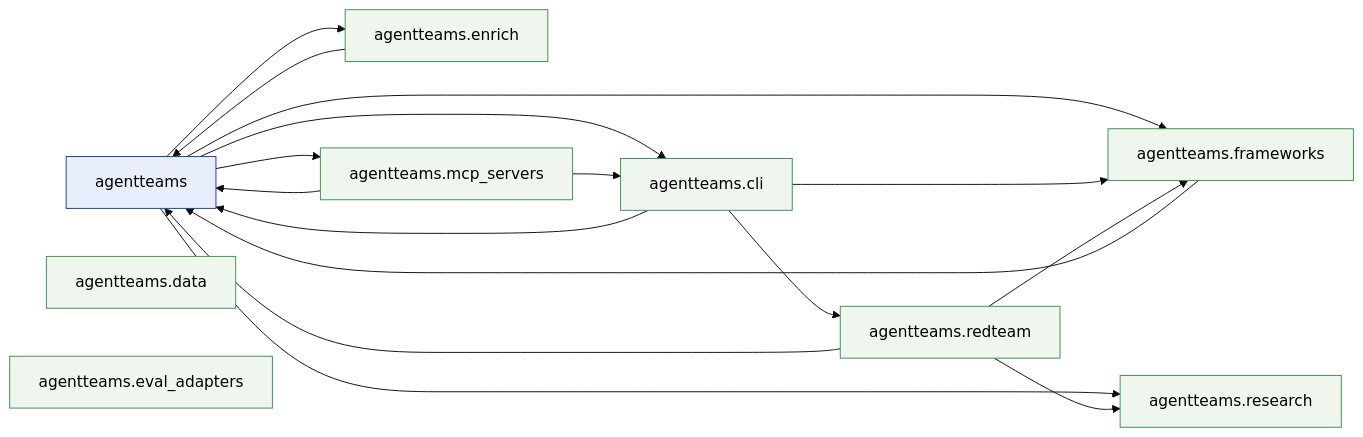
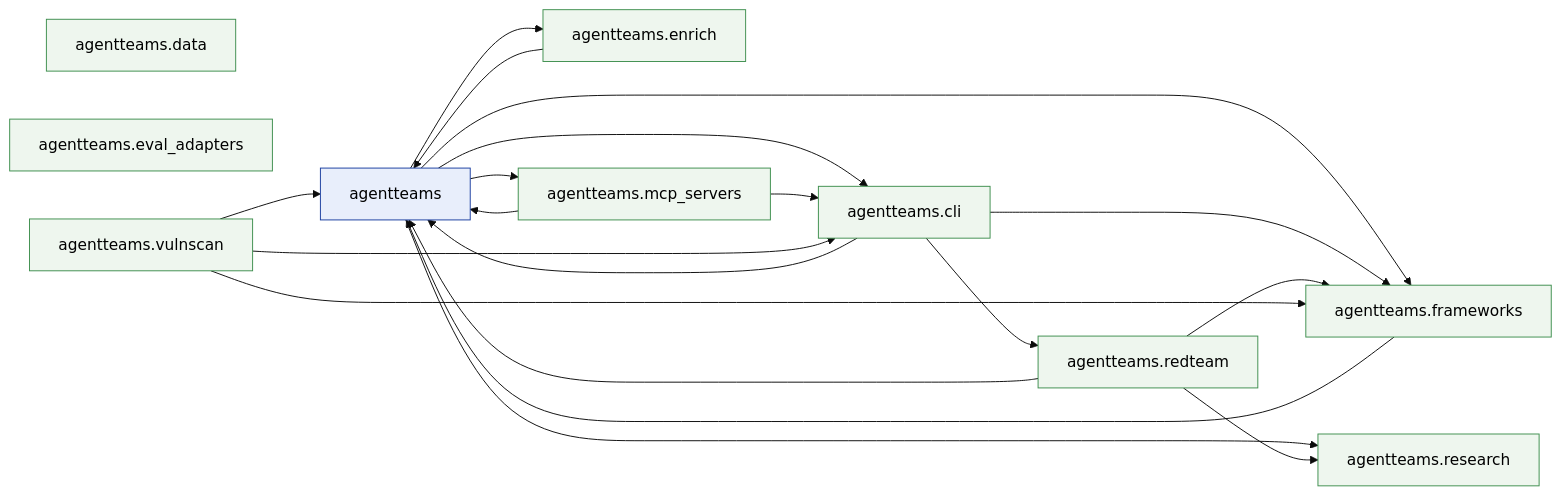
Before and after one commit to jlcatonjr/agentteams: the first of 2 diagrams in references/architecture-graph.md, drawn with Mermaid (base theme). The commit also changed other lines of this file and 100 other files, not shown here.

````diff
--- a/references/architecture-graph.md
+++ b/references/architecture-graph.md
@@ -334,38 +363,43 @@
 ```mermaid
 flowchart LR
     classDef root fill:#e8eefb,stroke:#1b3fa0,color:#000
     classDef sub  fill:#eef6ee,stroke:#3f8f4f,color:#000
     agentteams["agentteams"]
     class agentteams root
     agentteams_cli["agentteams.cli"]
     class agentteams_cli sub
     agentteams_data["agentteams.data"]
     class agentteams_data sub
     agentteams_enrich["agentteams.enrich"]
     class agentteams_enrich sub
     agentteams_eval_adapters["agentteams.eval_adapters"]
     class agentteams_eval_adapters sub
     agentteams_frameworks["agentteams.frameworks"]
     class agentteams_frameworks sub
     agentteams_mcp_servers["agentteams.mcp_servers"]
     class agentteams_mcp_servers sub
     agentteams_redteam["agentteams.redteam"]
     class agentteams_redteam sub
     agentteams_research["agentteams.research"]
     class agentteams_research sub
+    agentteams_vulnscan["agentteams.vulnscan"]
+    class agentteams_vulnscan sub
     agentteams --> agentteams_cli
     agentteams --> agentteams_enrich
     agentteams --> agentteams_frameworks
     agentteams --> agentteams_mcp_servers
     agentteams --> agentteams_research
     agentteams_cli --> agentteams
     agentteams_cli --> agentteams_frameworks
     agentteams_cli --> agentteams_redteam
     agentteams_enrich --> agentteams
     agentteams_frameworks --> agentteams
     agentteams_mcp_servers --> agentteams
     agentteams_mcp_servers --> agentteams_cli
     agentteams_redteam --> agentteams
     agentteams_redteam --> agentteams_frameworks
     agentteams_redteam --> agentteams_research
+    agentteams_vulnscan --> agentteams
+    agentteams_vulnscan --> agentteams_cli
+    agentteams_vulnscan --> agentteams_frameworks
 ```
````
